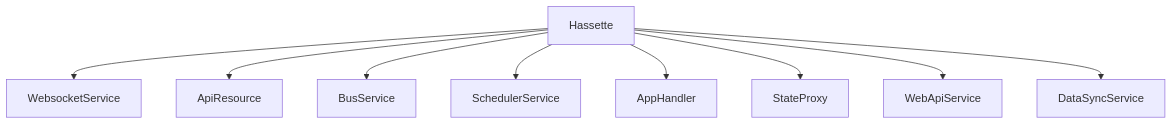
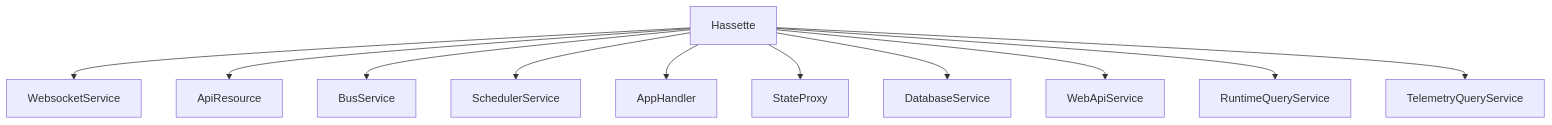
Before and after one commit to NodeJSmith/hassette: the second of 3 diagrams in docs/pages/core-concepts/index.md, drawn with Mermaid. The commit also changed other lines of this file and 9 other files, not shown here.

````diff
--- a/docs/pages/core-concepts/index.md
+++ b/docs/pages/core-concepts/index.md
@@ -44,12 +46,14 @@
 ```mermaid
 graph TB
     H[Hassette]
     H --> WS[WebsocketService]
     H --> API[ApiResource]
     H --> BUS[BusService]
     H --> SCHED[SchedulerService]
     H --> APPS[AppHandler]
     H --> STATE[StateProxy]
+    H --> DB[DatabaseService]
     H --> WEB[WebApiService]
-    H --> DSYNC[DataSyncService]
+    H --> RTQ[RuntimeQueryService]
+    H --> TQ[TelemetryQueryService]
 ```
````
